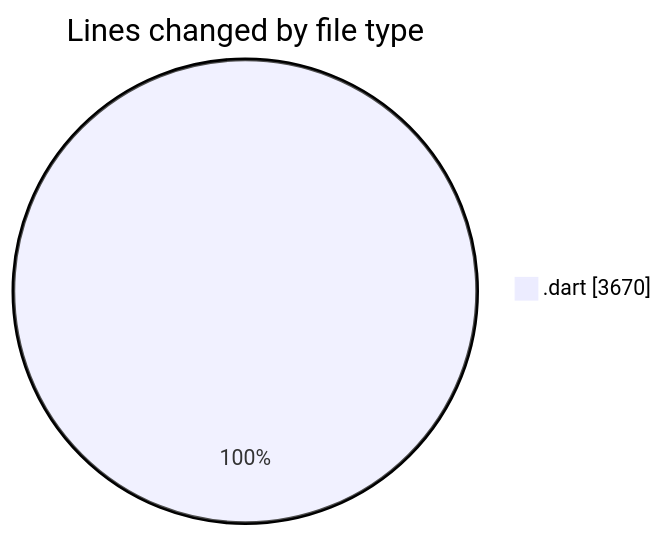
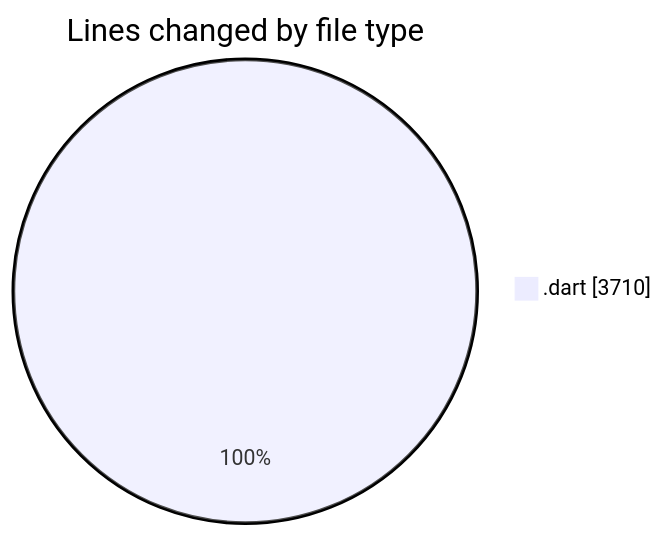
One commit to donsfak/code-tracking changed the first of 2 diagrams in 2025-04-10/trackers_app/README.md. Above: the diagram before and after it, drawn with Mermaid. The commit also changed other lines of this file and 1 other file, not shown here.

````diff
--- a/2025-04-10/trackers_app/README.md
+++ b/2025-04-10/trackers_app/README.md
@@ -42,5 +42,5 @@
 ```mermaid
 pie showData
 title Lines changed by file type
-".dart" : 3670
+".dart" : 3710
 ```
````
